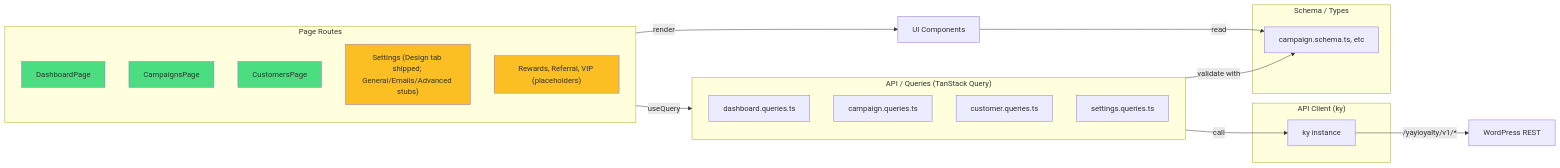
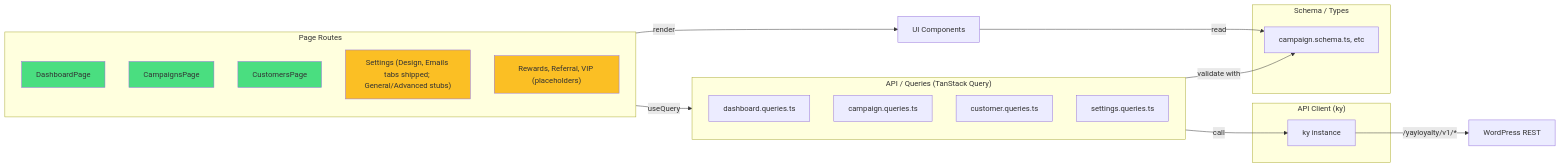
Before and after one commit to YayCommerce/YayLoyalty: the second of 3 diagrams in docs/system-architecture.md, drawn with Mermaid. The commit also changed other lines of this file and 3 other files, not shown here.

````diff
--- a/docs/system-architecture.md
+++ b/docs/system-architecture.md
@@ -94,39 +94,39 @@
 ```mermaid
 flowchart LR
     subgraph Pages["Page Routes"]
         Dash["DashboardPage"]
         Camp["CampaignsPage"]
         Cust["CustomersPage"]
-        Set["Settings (Design tab shipped; General/Emails/Advanced stubs)"]
+        Set["Settings (Design, Emails tabs shipped; General/Advanced stubs)"]
         Other["Rewards, Referral, VIP (placeholders)"]
     end
 
     subgraph Queries["API / Queries (TanStack Query)"]
         DashQry["dashboard.queries.ts"]
         CampQry["campaign.queries.ts"]
         CustQry["customer.queries.ts"]
         SetQry["settings.queries.ts"]
     end
 
     subgraph API["API Client (ky)"]
         KyClient["ky instance"]
     end
 
     subgraph Schema["Schema / Types"]
         ZodSchema["campaign.schema.ts, etc"]
     end
 
     Pages -->|useQuery| Queries
     Queries -->|call| KyClient
     KyClient -->|/yayloyalty/v1/*| WordPress["WordPress REST"]
     Queries -->|validate with| ZodSchema
 
     Pages -->|render| Components["UI Components"]
     Components -->|read| ZodSchema
 
     style Dash fill:#4ade80
     style Camp fill:#4ade80
     style Cust fill:#4ade80
     style Set fill:#fbbf24
     style Other fill:#fbbf24
 ```
````
